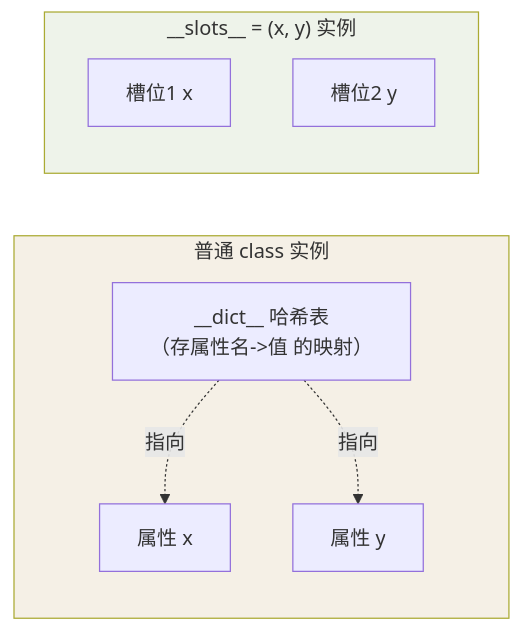
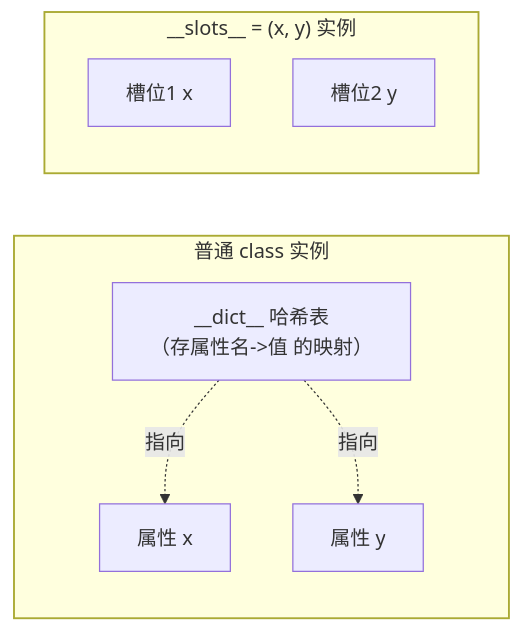
The diagram in src/content/docs/python/basic/oop/03-dataclass-slots.md (Loadhao/ascension), drawn with Mermaid before and after one commit. The commit also changed 87 other files, not shown here.

First line of the commit message:
fix: 全站图表配色改由主题接管，修复暗色主题下浅底浅字看不清

````diff
--- a/src/content/docs/python/basic/oop/03-dataclass-slots.md
+++ b/src/content/docs/python/basic/oop/03-dataclass-slots.md
@@ -81,15 +81,17 @@
 ```mermaid
 flowchart LR
     subgraph 普通["普通 class 实例"]
         PD1["属性 x"] 
         PD2["属性 y"]
         DICT["__dict__ 哈希表<br/>（存属性名->值 的映射）"] -.指向.-> PD1
         DICT -.指向.-> PD2
     end
     subgraph slots["__slots__ = (x, y) 实例"]
         S1["槽位1 x"]
         S2["槽位2 y"]
     end
-    style 普通 fill:#f5f0e6
-    style slots fill:#eef3ea
+    class 普通 hl
+    class slots good
+    classDef hl stroke-width:1.5px
+    classDef good stroke-width:1.5px
 ```
````
